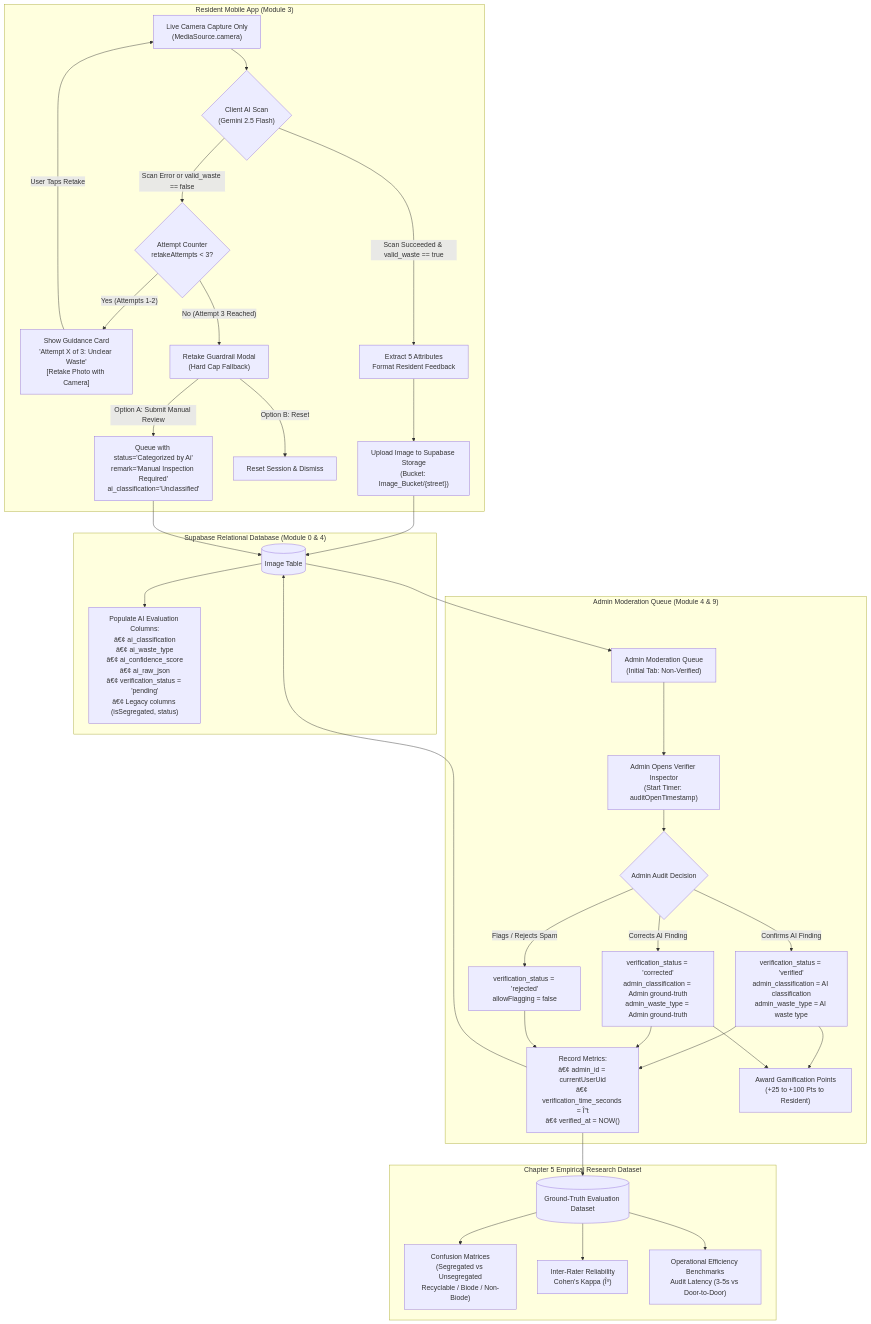
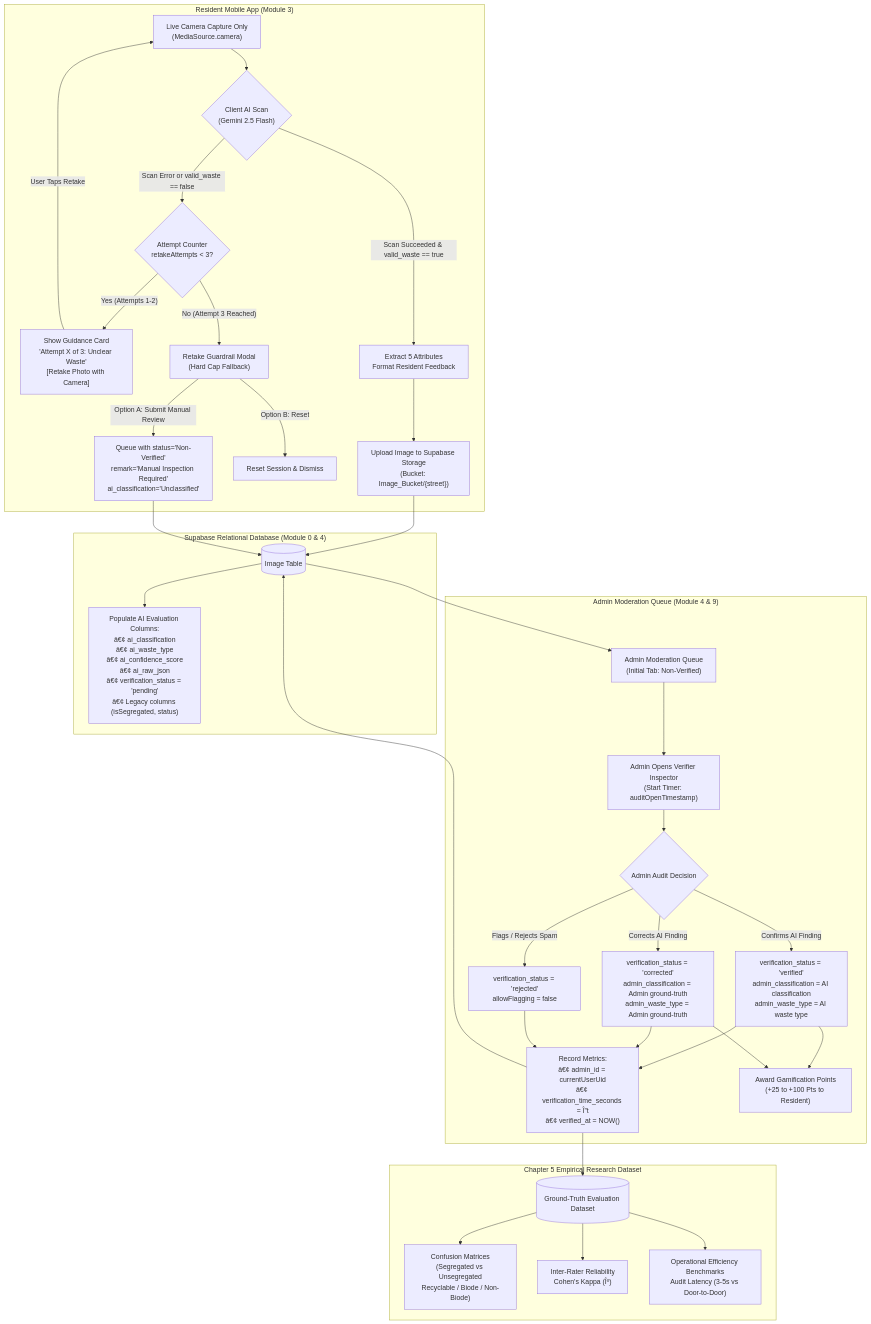
Before and after one commit to Oeubx/EBasura: the diagram in docs/ai_vision/retake_guardrail_and_dual_schema.md, drawn with Mermaid. The commit also changed other lines of this file and 18 other files, not shown here.

First line of the commit message:
docs(core): synchronized access control and modular specs with research evaluation schema [EBASURA-M0-F0]

````diff
--- a/docs/ai_vision/retake_guardrail_and_dual_schema.md
+++ b/docs/ai_vision/retake_guardrail_and_dual_schema.md
@@ -33,39 +33,39 @@
 ```mermaid
 flowchart TD
     subgraph ResidentMobileApp["Resident Mobile App (Module 3)"]
         A["Live Camera Capture Only\n(MediaSource.camera)"] --> B{"Client AI Scan\n(Gemini 2.5 Flash)"}
         B -->|Scan Error or valid_waste == false| C{"Attempt Counter\nretakeAttempts < 3?"}
         C -->|"Yes (Attempts 1-2)"| D["Show Guidance Card\n'Attempt X of 3: Unclear Waste'\n[Retake Photo with Camera]"]
         D -->|User Taps Retake| A
         C -->|"No (Attempt 3 Reached)"| E["Retake Guardrail Modal\n(Hard Cap Fallback)"]
-        E -->|"Option A: Submit Manual Review"| F["Queue with status='Categorized by Ai'\nremark='Manual Inspection Required'\nai_classification='Unclassified'"]
+        E -->|"Option A: Submit Manual Review"| F["Queue with status='Non-Verified'\nremark='Manual Inspection Required'\nai_classification='Unclassified'"]
         E -->|"Option B: Reset"| G["Reset Session & Dismiss"]
         B -->|"Scan Succeeded & valid_waste == true"| H["Extract 5 Attributes\nFormat Resident Feedback"]
         H --> I["Upload Image to Supabase Storage\n(Bucket: Image_Bucket/{street})"]
     end
 
     subgraph SupabaseCloud["Supabase Relational Database (Module 0 & 4)"]
         I --> J[("Image Table")]
         F --> J
         J --> K["Populate AI Evaluation Columns:\nâ€¢ ai_classification\nâ€¢ ai_waste_type\nâ€¢ ai_confidence_score\nâ€¢ ai_raw_json\nâ€¢ verification_status = 'pending'\nâ€¢ Legacy columns (isSegregated, status)"]
     end
 
     subgraph AdminDeskAudit["Admin Moderation Queue (Module 4 & 9)"]
         J --> L["Admin Moderation Queue\n(Initial Tab: Non-Verified)"]
         L --> M["Admin Opens Verifier Inspector\n(Start Timer: auditOpenTimestamp)"]
         M --> N{"Admin Audit Decision"}
         N -->|Confirms AI Finding| O["verification_status = 'verified'\nadmin_classification = AI classification\nadmin_waste_type = AI waste type"]
         N -->|Corrects AI Finding| P["verification_status = 'corrected'\nadmin_classification = Admin ground-truth\nadmin_waste_type = Admin ground-truth"]
         N -->|Flags / Rejects Spam| Q["verification_status = 'rejected'\nallowFlagging = false"]
         O & P & Q --> R["Record Metrics:\nâ€¢ admin_id = currentUserUid\nâ€¢ verification_time_seconds = Î”t\nâ€¢ verified_at = NOW()"]
         R --> J
         O & P --> S["Award Gamification Points\n(+25 to +100 Pts to Resident)"]
     end
 
     subgraph AcademicResearchDataset["Chapter 5 Empirical Research Dataset"]
         R --> T[("Ground-Truth Evaluation Dataset")]
         T --> U["Confusion Matrices\n(Segregated vs Unsegregated\nRecyclable / Biode / Non-Biode)"]
         T --> V["Inter-Rater Reliability\nCohen's Kappa (Îº)"]
         T --> W["Operational Efficiency Benchmarks\nAudit Latency (3-5s vs Door-to-Door)"]
     end
 ```
````
